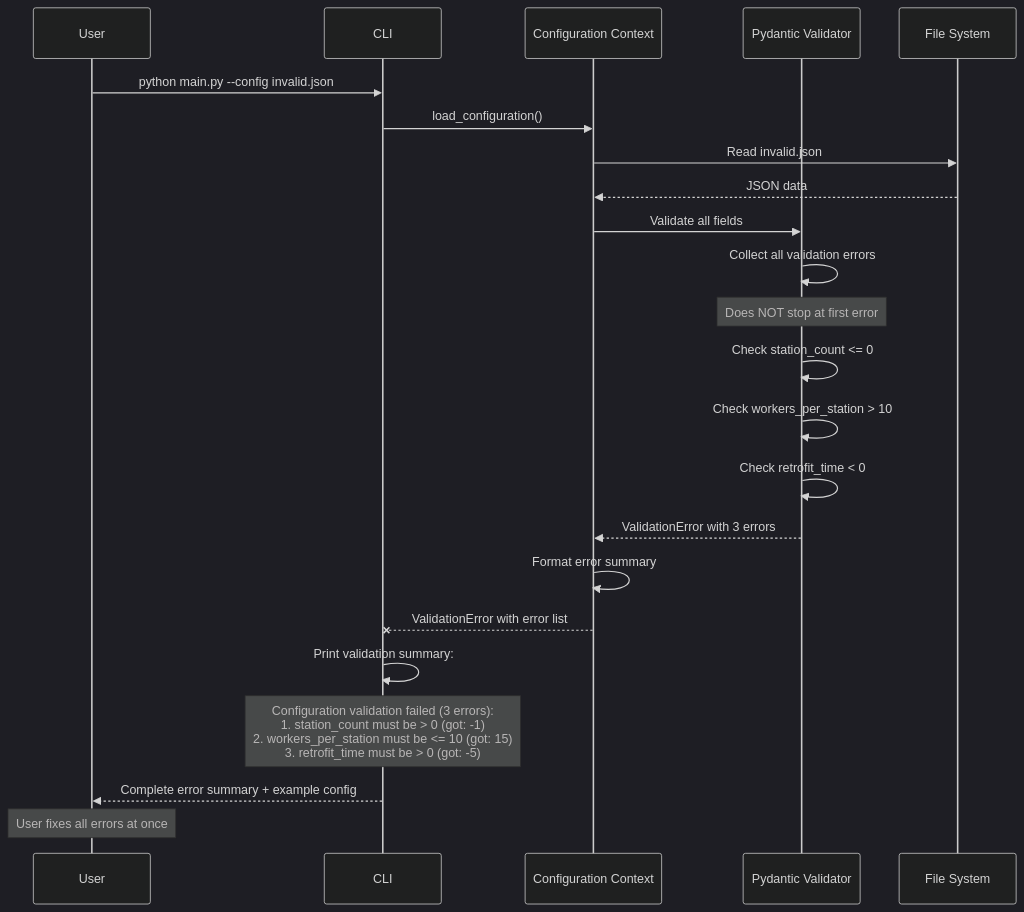
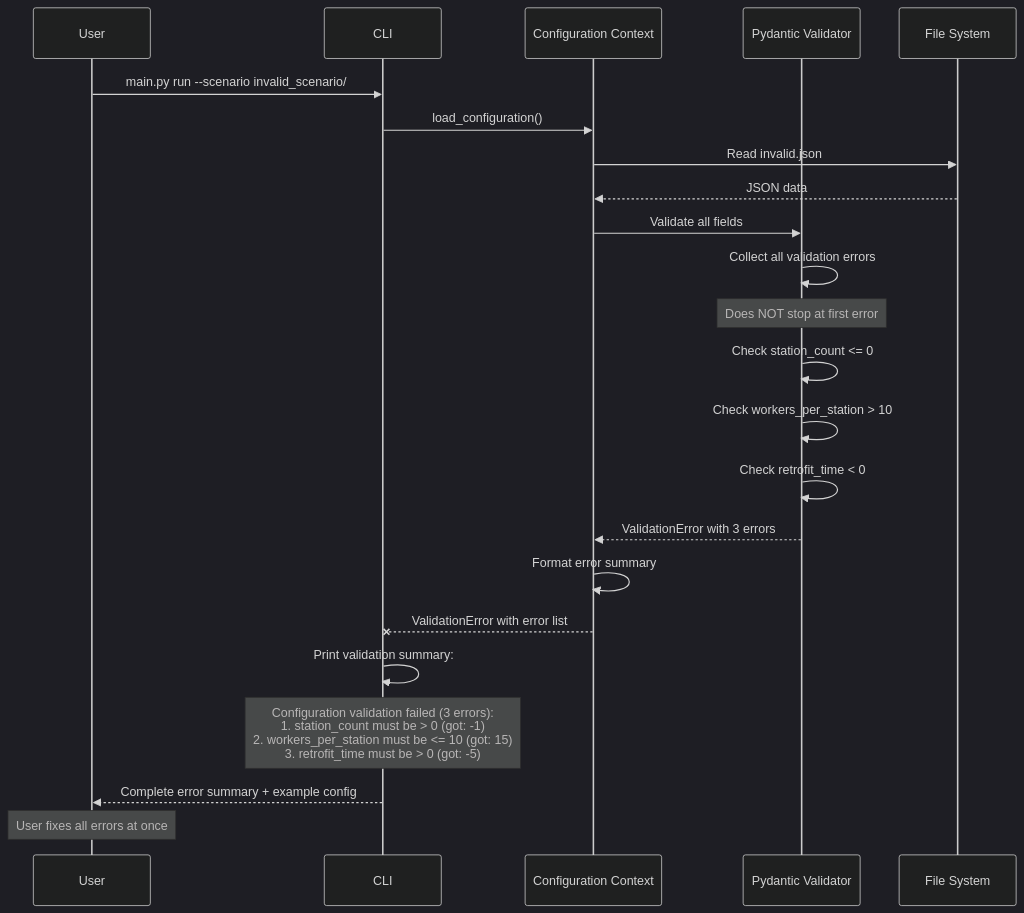
One commit to OpenRailAssociation/dac-migration-dss-popupsim changed the seventh of 8 diagrams in docs/mvp/architecture/06-runtime.md. Above: the diagram before and after it, drawn with Mermaid (dark theme). The commit also changed other lines of this file and 73 other files, not shown here.

````diff
--- a/docs/mvp/architecture/06-runtime.md
+++ b/docs/mvp/architecture/06-runtime.md
@@ -407,30 +408,30 @@
 ```mermaid
 sequenceDiagram
     participant User
     participant CLI
     participant Config as Configuration Context
     participant Validator as Pydantic Validator
     participant Files as File System
 
-    User->>CLI: python main.py --config invalid.json
+    User->>CLI: main.py run --scenario invalid_scenario/
     CLI->>Config: load_configuration()
     Config->>Files: Read invalid.json
     Files-->>Config: JSON data
 
     Config->>Validator: Validate all fields
     Validator->>Validator: Collect all validation errors
     Note over Validator: Does NOT stop at first error
     Validator->>Validator: Check station_count <= 0
     Validator->>Validator: Check workers_per_station > 10
     Validator->>Validator: Check retrofit_time < 0
     Validator-->>Config: ValidationError with 3 errors
 
     Config->>Config: Format error summary
     Config--xCLI: ValidationError with error list
 
     CLI->>CLI: Print validation summary:
     Note over CLI: Configuration validation failed (3 errors):<br/>1. station_count must be > 0 (got: -1)<br/>2. workers_per_station must be <= 10 (got: 15)<br/>3. retrofit_time must be > 0 (got: -5)
 
     CLI-->>User: Complete error summary + example config
     Note over User: User fixes all errors at once
 ```
````
